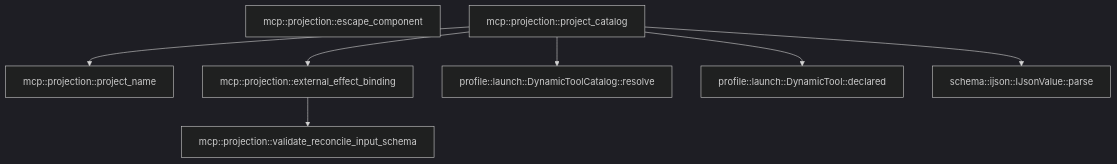
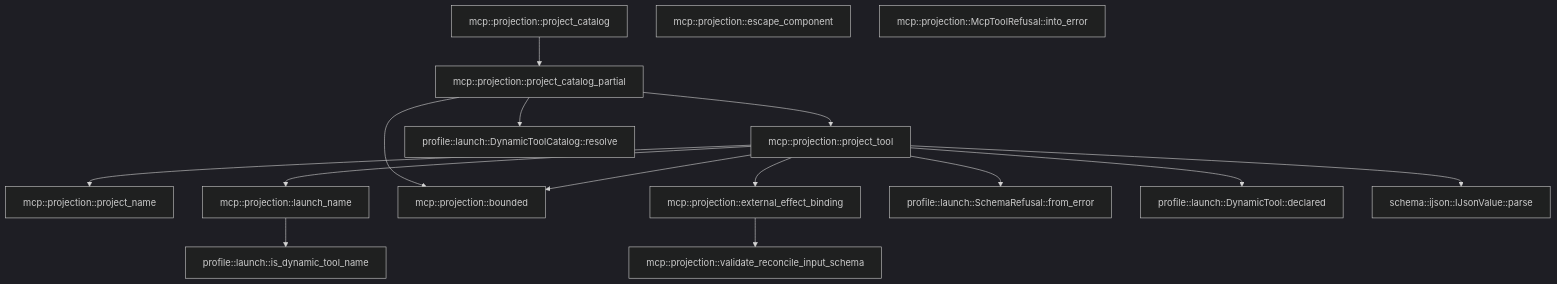
Before and after one commit to TekesApps/TekesKernel: the diagram in crates/mcp/docs/generated/src--projection.md, drawn with Mermaid (dark theme). The commit also changed other lines of this file and 54 other files, not shown here.

First line of the commit message:
Refuse an MCP tool alone, not its whole server (per-tool schema projection) (#51)

````diff
--- a/crates/mcp/docs/generated/src--projection.md
+++ b/crates/mcp/docs/generated/src--projection.md
@@ -49,17 +64,31 @@
 ```mermaid
 flowchart TD
-  n0["mcp::projection::validate_reconcile_input_schema"]
+  n0["mcp::projection::project_catalog_partial"]
   n1["mcp::projection::project_name"]
-  n2["mcp::projection::escape_component"]
-  n3["mcp::projection::project_catalog"]
-  n4["mcp::projection::external_effect_binding"]
-  n5["profile::launch::DynamicToolCatalog::resolve"]
-  n6["profile::launch::DynamicTool::declared"]
-  n7["schema::ijson::IJsonValue::parse"]
-  n3 --> n1
-  n3 --> n4
-  n3 --> n5
-  n3 --> n6
-  n3 --> n7
-  n4 --> n0
+  n2["mcp::projection::project_tool"]
+  n3["mcp::projection::launch_name"]
+  n4["mcp::projection::bounded"]
+  n5["mcp::projection::project_catalog"]
+  n6["mcp::projection::external_effect_binding"]
+  n7["mcp::projection::validate_reconcile_input_schema"]
+  n8["mcp::projection::escape_component"]
+  n9["mcp::projection::McpToolRefusal::into_error"]
+  n10["profile::launch::DynamicToolCatalog::resolve"]
+  n11["profile::launch::SchemaRefusal::from_error"]
+  n12["profile::launch::is_dynamic_tool_name"]
+  n13["profile::launch::DynamicTool::declared"]
+  n14["schema::ijson::IJsonValue::parse"]
+  n0 --> n2
+  n0 --> n4
+  n0 --> n10
+  n2 --> n1
+  n2 --> n3
+  n2 --> n4
+  n2 --> n6
+  n2 --> n11
+  n2 --> n13
+  n2 --> n14
+  n3 --> n12
+  n5 --> n0
+  n6 --> n7
 ```
````
